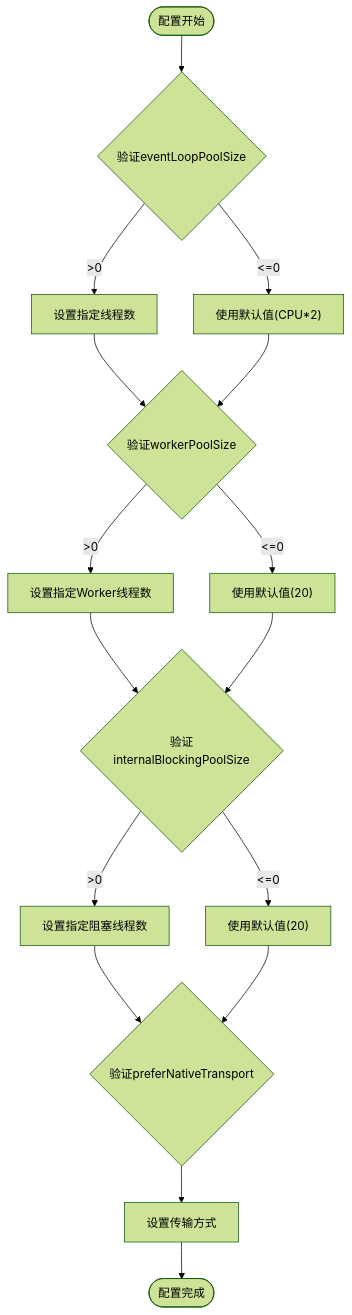
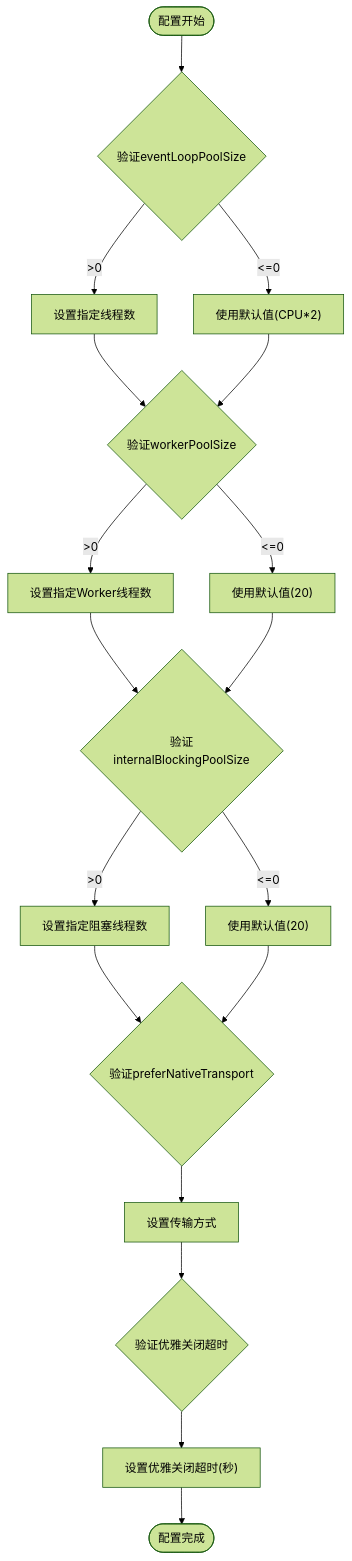
One commit to ossworker/vertx-starter changed the fifth of 9 diagrams in .qoder/repowiki/zh/content/核心配置模块/核心配置模块.md. Above: the diagram before and after it, drawn with Mermaid (forest theme). The commit also changed other lines of this file and 7 other files, not shown here.

````diff
--- a/.qoder/repowiki/zh/content/核心配置模块/核心配置模块.md
+++ b/.qoder/repowiki/zh/content/核心配置模块/核心配置模块.md
@@ -278,18 +345,20 @@
 ```mermaid
 flowchart TD
 ConfigStart([配置开始]) --> ValidateEventLoop{"验证eventLoopPoolSize"}
 ValidateEventLoop --> |>0| SetEventLoop["设置指定线程数"]
 ValidateEventLoop --> |<=0| DefaultEventLoop["使用默认值(CPU*2)"]
 SetEventLoop --> ValidateWorker{"验证workerPoolSize"}
 DefaultEventLoop --> ValidateWorker
 ValidateWorker --> |>0| SetWorker["设置指定Worker线程数"]
 ValidateWorker --> |<=0| DefaultWorker["使用默认值(20)"]
 SetWorker --> ValidateBlocking{"验证internalBlockingPoolSize"}
 DefaultWorker --> ValidateBlocking
 ValidateBlocking --> |>0| SetBlocking["设置指定阻塞线程数"]
 ValidateBlocking --> |<=0| DefaultBlocking["使用默认值(20)"]
 SetBlocking --> ValidateTransport{"验证preferNativeTransport"}
 DefaultBlocking --> ValidateTransport
 ValidateTransport --> SetTransport["设置传输方式"]
-SetTransport --> ConfigEnd([配置完成])
+SetTransport --> ValidateGraceful{"验证优雅关闭超时"}
+ValidateGraceful --> SetGraceful["设置优雅关闭超时(秒)"]
+SetGraceful --> ConfigEnd([配置完成])
 ```
````
